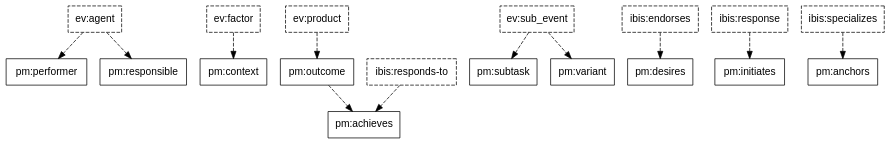
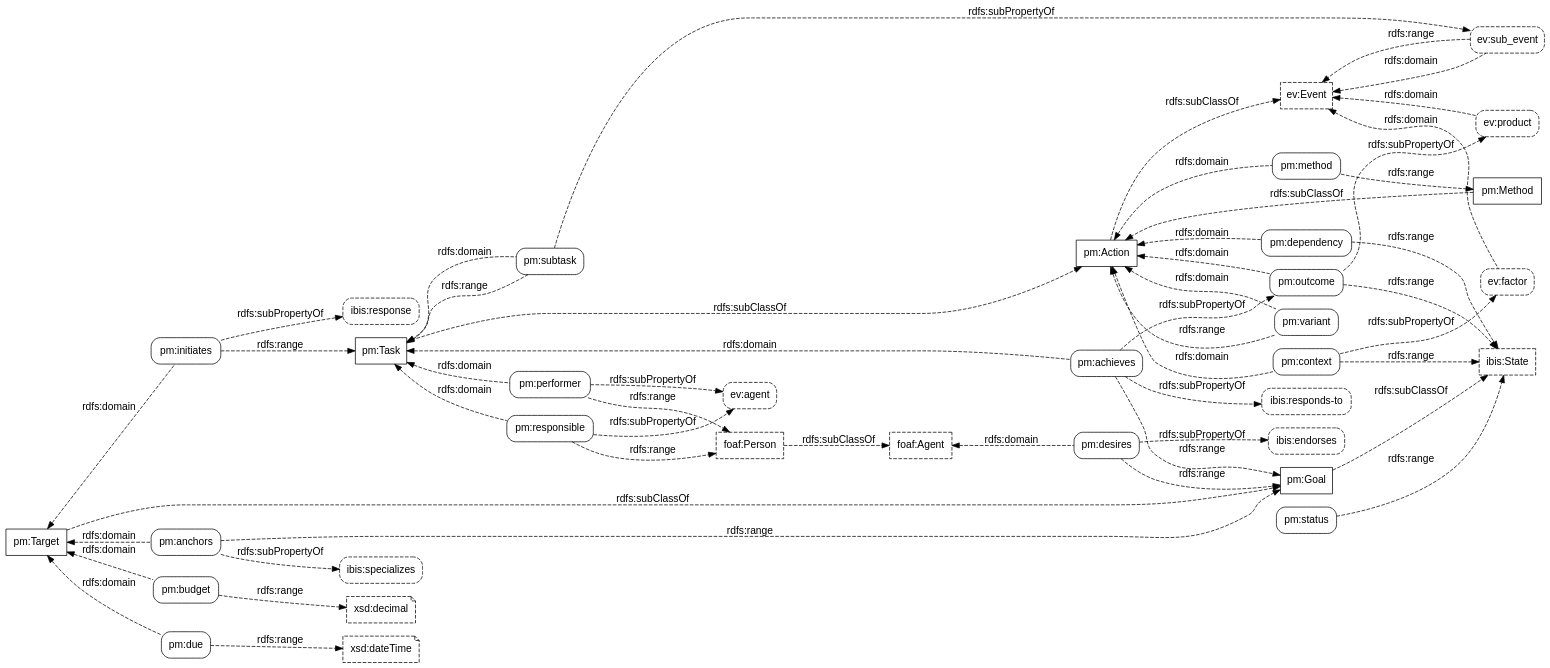
One commit to doriantaylor/owl-process-model changed the diagram in process-model-properties.dot. Above: the diagram before and after it, drawn with Graphviz. The commit also changed 4 other files, not shown here.

```diff
--- a/process-model-properties.dot
+++ b/process-model-properties.dot
@@ -1,45 +1,136 @@
 digraph {
-    graph [bgcolor=transparent,overlap=false,rankdir="TB"];
-    node [shape=box,color="#000000",fontcolor="#000000",fontname="Lucida Grande, Lucida Sans Unicode, sans-serif"];
-    edge [color="#000000",fontcolor="#000000",fontname="Lucida Grande, Lucida Sans Unicode, sans-serif"];
+    graph [bgcolor=transparent,overlap=false,rankdir=LR];
+    node [shape=box,style=rounded,color="#000000",fontcolor="#000000",fontname="Lucida Grande, Lucida Sans Unicode, sans-serif", target="_parent"];
+    edge [concentrate=true,color="#000000",fontcolor="#000000",fontname="Lucida Grande, Lucida Sans Unicode, sans-serif"];
+
+    // third-party classses
+
     subgraph {
-        node [style=dashed];
+        node [shape=box, style=dashed];
+        // skos_Concept [label="skos:Concept"];
+        ev_Event [label="ev:Event", href="http://motools.sourceforge.net/event/event.html#term_Event"];
+        foaf_Agent [label="foaf:Agent", href="http://xmlns.com/foaf/spec/#term_Agent"];
+        foaf_Person [label="foaf:Person", href="http://xmlns.com/foaf/spec/#term_Person"];
+        // ibis_Issue [label="ibis:Issue", href="https://vocab.methodandstructure.com/ibis#Issue"];
+        // ibis_Position [label="ibis:Position", href="https://vocab.methodandstructure.com/ibis#Position"];
+	// time_Instant [label="time:Instant", href="https://www.w3.org/TR/owl-time/#time:Instant"];
+	ibis_State [label="ibis:State", href="https://vocab.methodandstructure.com/ibis#State"];
+    }
+
+    // our classes
+
+    subgraph {
+        node [shape=box, style=""];
+	pm_Goal   [label="pm:Goal", href="https://vocab.methodandstructure.com/process-model#Goal"];
+	pm_Target [label="pm:Target", href="https://vocab.methodandstructure.com/process-model#Target"];
+	pm_Action [label="pm:Action", href="https://vocab.methodandstructure.com/process-model#Action"];
+	pm_Task   [label="pm:Task", href="https://vocab.methodandstructure.com/process-model#Task"];
+	pm_Method [label="pm:Method", href="https://vocab.methodandstructure.com/process-model#Method"];
+    }
+
+    // third-party properties
+
+    subgraph {
+        node [style="dashed,rounded"];
         ev_agent [label="ev:agent"];
         ev_factor [label="ev:factor"];
         ev_product [label="ev:product"];
         ev_sub_event [label="ev:sub_event"];
         ibis_endorses [label="ibis:endorses"];
         ibis_response [label="ibis:response"];
         ibis_responds_to [label="ibis:responds-to"];
         ibis_specializes [label="ibis:specializes"];
     }
 
-pm_achieves [label="pm:achieves"];
-pm_anchors [label="pm:anchors"];
-//pm_budget [label="pm:budget"];
-pm_context [label="pm:context"];
-pm_desires [label="pm:desires"];
-//pm_due [label="pm:due"];
-pm_initiates [label="pm:initiates"];
-//pm_method [label="pm:method"];
-pm_outcome [label="pm:outcome"];
-pm_performer [label="pm:performer"];
-//pm_recipient [label="pm:recipient"];
-pm_responsible [label="pm:responsible"];
-pm_subtask [label="pm:subtask"];
-pm_variant [label="pm:variant"];
+    // datatypes
 
     subgraph {
-        edge [style=dashed];
-        ev_factor -> pm_context;
-        ev_product -> pm_outcome -> pm_achieves;
-        ev_agent -> pm_performer;
-        ev_agent -> pm_responsible;
-        ev_sub_event -> pm_subtask;
-        ev_sub_event -> pm_variant;
-        ibis_endorses -> pm_desires;
-        ibis_response -> pm_initiates;
-        ibis_responds_to -> pm_achieves;
-        ibis_specializes -> pm_anchors;
+	node [shape=note,style="dashed"];
+	xsd_decimal [label="xsd:decimal", href="https://www.w3.org/TR/xmlschema11-2/#decimal"];
+	xsd_dateTime [label="xsd:dateTime", href="https://www.w3.org/TR/xmlschema11-2/#dateTime"];
+    }
+
+    // our properties
+
+    pm_achieves [label="pm:achieves", href="https://vocab.methodandstructure.com/process-model#achieves"];
+    pm_anchors [label="pm:anchors", href="https://vocab.methodandstructure.com/process-model#anchors"];
+    pm_budget [label="pm:budget", href="https://vocab.methodandstructure.com/process-model#budget"];
+    pm_context [label="pm:context", href="https://vocab.methodandstructure.com/process-model#context"];
+    pm_dependency [label="pm:dependency", href="https://vocab.methodandstructure.com/process-model#dependency"];
+    pm_desires [label="pm:desires", href="https://vocab.methodandstructure.com/process-model#desires"];
+    pm_due [label="pm:due", href="https://vocab.methodandstructure.com/process-model#due"];
+    pm_initiates [label="pm:initiates", href="https://vocab.methodandstructure.com/process-model#initiates"];
+    pm_method [label="pm:method", href="https://vocab.methodandstructure.com/process-model#method"];
+    pm_outcome [label="pm:outcome", href="https://vocab.methodandstructure.com/process-model#outcome"];
+    pm_performer [label="pm:performer", href="https://vocab.methodandstructure.com/process-model#performer"];
+    //pm_recipient [label="pm:recipient"];
+    pm_responsible [label="pm:responsible", href="https://vocab.methodandstructure.com/process-model#responsible"];
+    pm_status [label="pm:status", href="https://vocab.methodandstructure.com/process-model#status"];
+    pm_subtask [label="pm:subtask", href="https://vocab.methodandstructure.com/process-model#subtask"];
+    pm_variant [label="pm:variant", href="https://vocab.methodandstructure.com/process-model#variant"];
+
+    // relations
+
+    subgraph {
+        edge [style=dashed, label="rdfs:subClassOf"];
+	foaf_Person -> foaf_Agent;
+	pm_Method   -> pm_Action;
+	pm_Target   -> pm_Goal   -> ibis_State;
+	pm_Task     -> pm_Action -> ev_Event;
+    }
+
+    subgraph {
+        edge [style=dashed, label="rdfs:subPropertyOf"];
+	pm_achieves    -> ibis_responds_to;
+	pm_achieves    -> pm_outcome -> ev_product;
+	pm_anchors     -> ibis_specializes;
+	pm_context     -> ev_factor;
+	pm_desires     -> ibis_endorses;
+	pm_initiates   -> ibis_response;
+	pm_performer   -> ev_agent;
+	pm_responsible -> ev_agent;
+	pm_subtask     -> ev_sub_event;
+        // pm_variant      -> ev_sub_event;
+    }
+
+    subgraph {
+        edge [style=dashed, dir=back, label="rdfs:domain"];
+	ev_Event   -> ev_factor;
+	ev_Event   -> ev_product;
+	ev_Event   -> ev_sub_event;
+	pm_Task    -> pm_achieves;
+	pm_Target  -> pm_anchors;
+	pm_Target  -> pm_budget;
+	pm_Action  -> pm_context;
+	pm_Action  -> pm_dependency;
+	foaf_Agent -> pm_desires;
+	pm_Target  -> pm_due;
+	pm_Target  -> pm_initiates;
+	pm_Action  -> pm_method;
+	pm_Action  -> pm_outcome;
+	pm_Task    -> pm_performer;
+	pm_Task    -> pm_responsible;
+	pm_Task    -> pm_subtask;
+	pm_Action  -> pm_variant;
+    }
+
+    subgraph {
+        edge [style=dashed, label="rdfs:range"];
+	ev_sub_event   -> ev_Event;
+	pm_achieves    -> pm_Goal;
+	pm_anchors     -> pm_Goal;
+	pm_budget      -> xsd_decimal;
+	pm_context     -> ibis_State;
+	pm_dependency  -> ibis_State;
+	pm_desires     -> pm_Goal;
+	pm_due         -> xsd_dateTime;
+	pm_initiates   -> pm_Task;
+	pm_method      -> pm_Method;
+	pm_outcome     -> ibis_State;
+	pm_performer   -> foaf_Person;
+	pm_responsible -> foaf_Person;
+	pm_status      -> ibis_State;
+	pm_subtask     -> pm_Task;
+	pm_variant     -> pm_Action;
     }
 }
```
